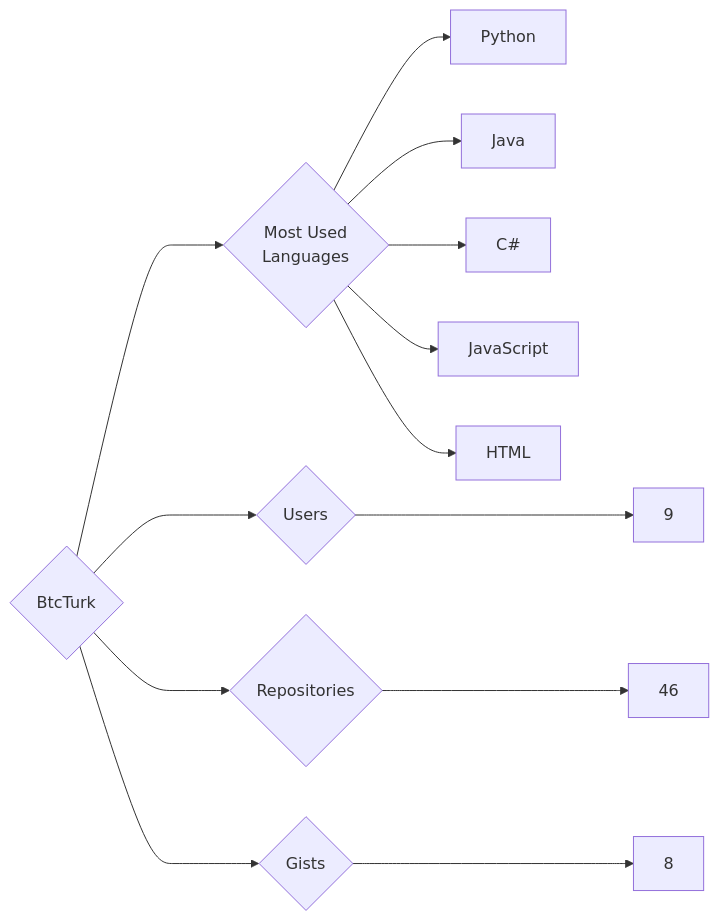
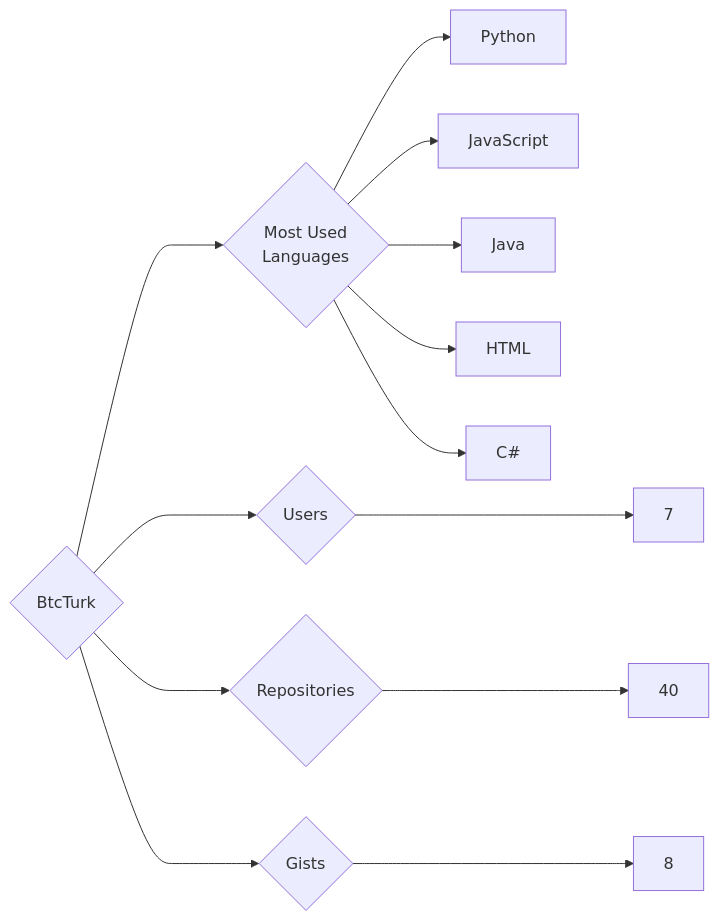
Before and after one commit to trickest/insiders: the diagram in targets/BtcTurk/README.md, drawn with Mermaid. The commit also changed 1092 other files, not shown here.

````diff
--- a/targets/BtcTurk/README.md
+++ b/targets/BtcTurk/README.md
@@ -3,13 +3,13 @@
 ```mermaid
 graph LR
 COMPANY_NAME{BtcTurk}
-COMPANY_NAME ---> U{Users} ---> UN[9]
-COMPANY_NAME ---> R{Repositories} ---> RN[46]
+COMPANY_NAME ---> U{Users} ---> UN[7]
+COMPANY_NAME ---> R{Repositories} ---> RN[40]
 COMPANY_NAME ---> G{Gists} ---> GN[8]
 COMPANY_NAME ---> ML{Most Used<br>Languages}
 ML --> Python[Python]
+ML --> JavaScript[JavaScript]
 ML --> Java[Java]
+ML --> HTML[HTML]
 ML --> C#[C#]
-ML --> JavaScript[JavaScript]
-ML --> HTML[HTML]
 ```
````
